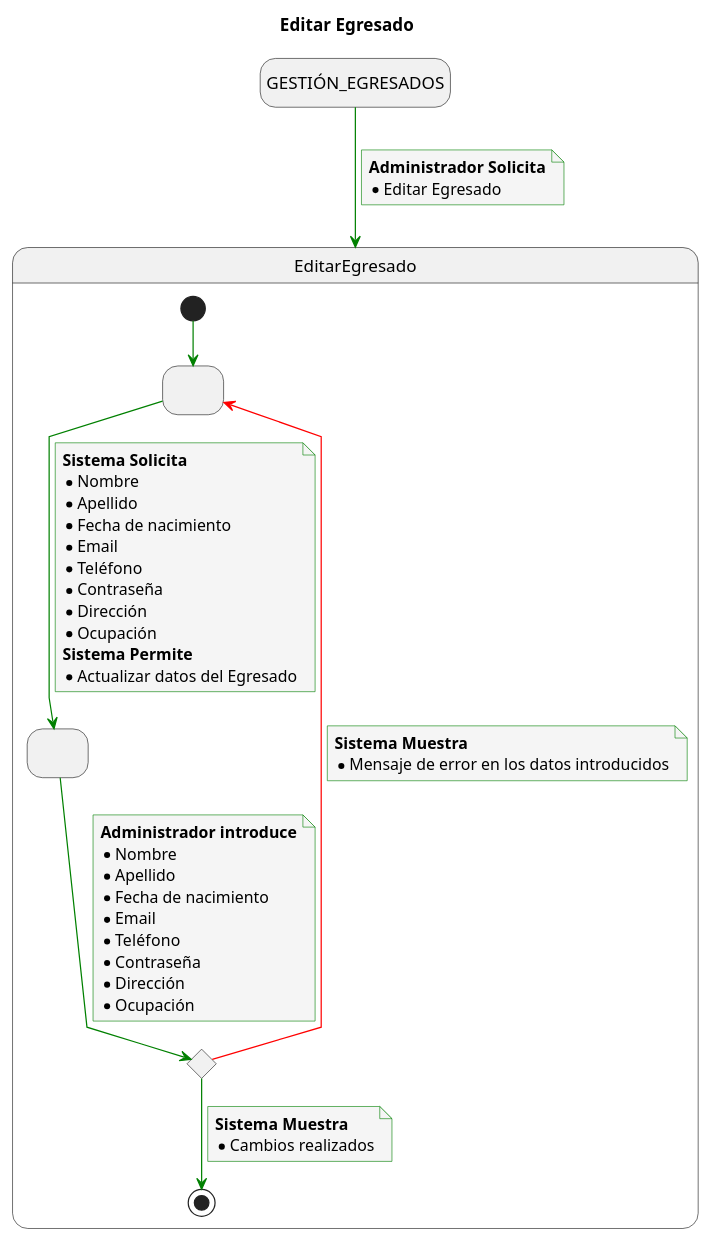
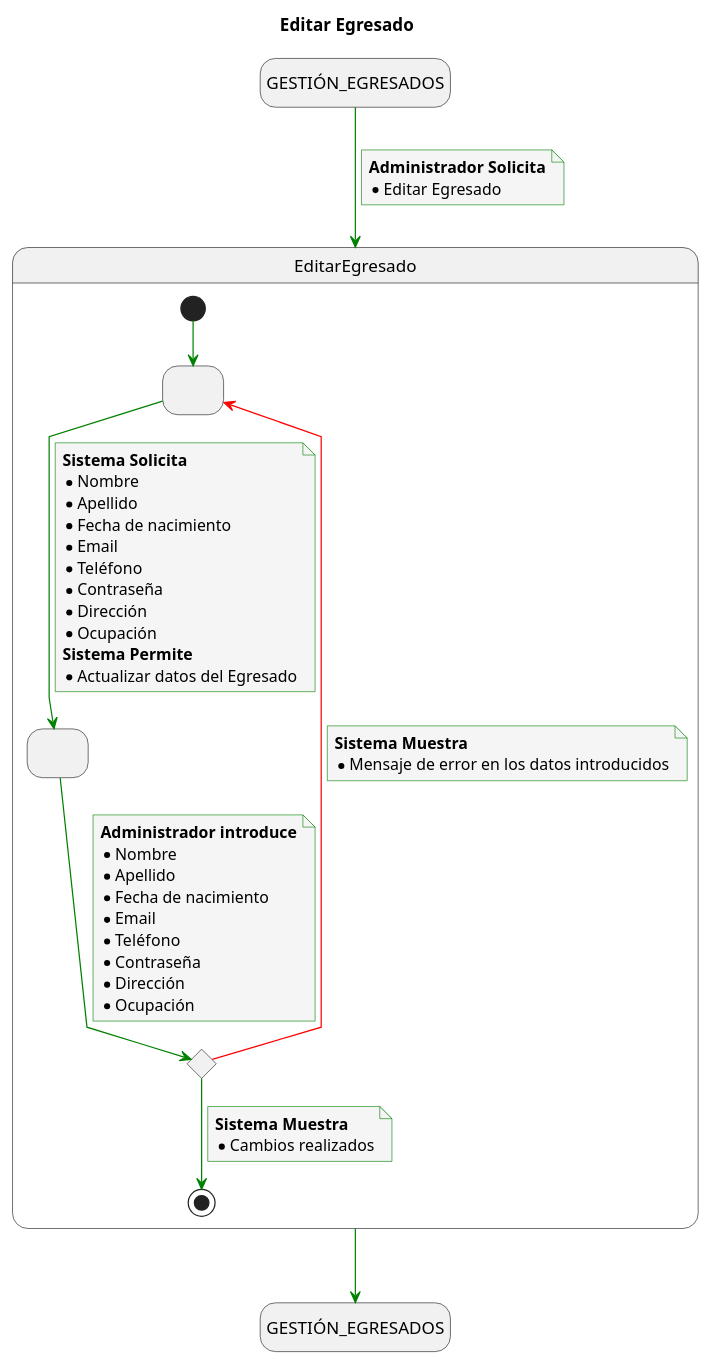
Before and after one commit to mmasias/23-24-IdSw1-SDR: the diagram in Caso_de_Uso/Casos_de_Uso/Usuarios/Administrador/CRUD_Egresados/Editar_Egresado/Caso_de_Uso.puml, drawn with PlantUML. The commit also changed 59 other files, not shown here.

```diff
--- a/Caso_de_Uso/Casos_de_Uso/Usuarios/Administrador/CRUD_Egresados/Editar_Egresado/Caso_de_Uso.puml
+++ b/Caso_de_Uso/Casos_de_Uso/Usuarios/Administrador/CRUD_Egresados/Editar_Egresado/Caso_de_Uso.puml
@@ -1,69 +1,72 @@
 @startuml
 title Editar Egresado
 
 skinparam {
     NoteBackgroundColor #whiteSmoke
     ArrowColor #green
     NoteBorderColor #green
     linetype polyline
 }
 
 hide empty description
 
 state startState as "GESTIÓN_EGRESADOS"
+state endState as "GESTIÓN_EGRESADOS"
 
 startState --> EditarEgresado
 note on link
     <b>Administrador Solicita</b>
     * Editar Egresado
 end note
+
+EditarEgresado --> endState
 
 state EditarEgresado {
 state 2 as " "
 state 3 as " "
 state 4 <<choice>>
 
 [*] -down-> 2
 
 2 -down-> 3
 note on link
 <b>Sistema Solicita</b>
 * Nombre
 * Apellido
 * Fecha de nacimiento
 * Email
 * Teléfono
 * Contraseña
 * Dirección
 * Ocupación
 <b>Sistema Permite</b>
 * Actualizar datos del Egresado
 end note
 
 3 -down-> 4
 note on link
 <b>Administrador introduce</b>
 * Nombre
 * Apellido
 * Fecha de nacimiento
 * Email
 * Teléfono
 * Contraseña
 * Dirección
 * Ocupación
 end note
 
 4 -down-> [*]
 note on link
 <b>Sistema Muestra</b>
 * Cambios realizados
 end note
 
 4 -[#red]-> 2
 note on link
 <b>Sistema Muestra</b>
 * Mensaje de error en los datos introducidos
 end note
 
 }
 @enduml
```
